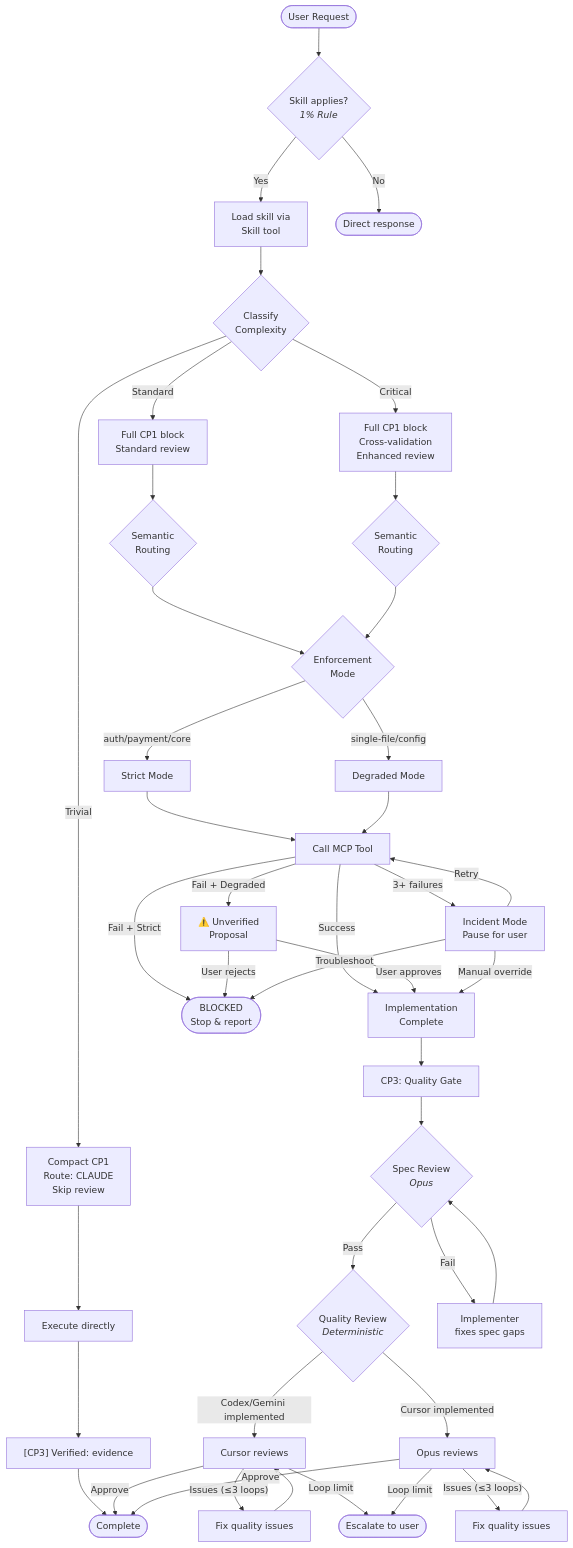
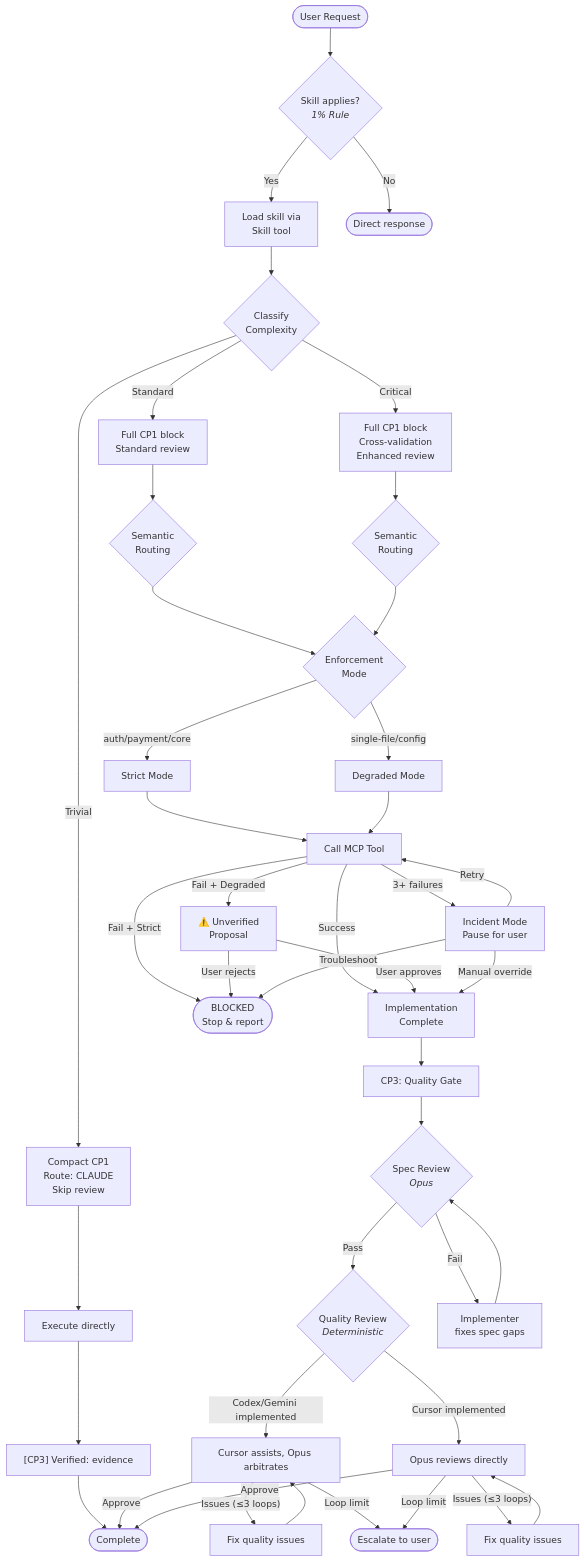
The second of 6 diagrams in plugin/docs/diagrams/cccg-workflow-architecture.md (sitien173/refract), drawn with Mermaid before and after one commit. The commit also changed other lines of this file and 14 other files, not shown here.

Commit message:
docs: make Opus final arbiter for review flow

````diff
--- a/plugin/docs/diagrams/cccg-workflow-architecture.md
+++ b/plugin/docs/diagrams/cccg-workflow-architecture.md
@@ -71,59 +71,59 @@
 ```mermaid
 flowchart TD
     START([User Request]) --> SKILL_CHECK{Skill applies?<br><i>1% Rule</i>}
     SKILL_CHECK -->|Yes| LOAD_SKILL[Load skill via<br>Skill tool]
     SKILL_CHECK -->|No| RESPOND([Direct response])
 
     LOAD_SKILL --> CLASSIFY{Classify<br>Complexity}
     CLASSIFY -->|Trivial| TRIVIAL[Compact CP1<br>Route: CLAUDE<br>Skip review]
     CLASSIFY -->|Standard| STANDARD[Full CP1 block<br>Standard review]
     CLASSIFY -->|Critical| CRITICAL[Full CP1 block<br>Cross-validation<br>Enhanced review]
 
     TRIVIAL --> IMPLEMENT_T[Execute directly]
     IMPLEMENT_T --> COMPACT_CP3["[CP3] Verified: evidence"]
     COMPACT_CP3 --> DONE([Complete])
 
     STANDARD --> ROUTE_S{Semantic<br>Routing}
     CRITICAL --> ROUTE_C{Semantic<br>Routing}
 
     ROUTE_S --> ENFORCE{Enforcement<br>Mode}
     ROUTE_C --> ENFORCE
 
     ENFORCE -->|"auth/payment/core"| STRICT_M[Strict Mode]
     ENFORCE -->|"single-file/config"| DEGRADED_M[Degraded Mode]
 
     STRICT_M --> MCP_CALL[Call MCP Tool]
     DEGRADED_M --> MCP_CALL
 
     MCP_CALL -->|Success| IMPL_DONE[Implementation<br>Complete]
     MCP_CALL -->|Fail + Strict| BLOCKED([BLOCKED<br>Stop & report])
     MCP_CALL -->|"Fail + Degraded"| UNVERIFIED["⚠️ Unverified<br>Proposal"]
     UNVERIFIED -->|User approves| IMPL_DONE
     UNVERIFIED -->|User rejects| BLOCKED
 
     MCP_CALL -->|"3+ failures"| INCIDENT_M[Incident Mode<br>Pause for user]
     INCIDENT_M -->|Retry| MCP_CALL
     INCIDENT_M -->|Manual override| IMPL_DONE
     INCIDENT_M -->|Troubleshoot| BLOCKED
 
     IMPL_DONE --> CP3_FULL[CP3: Quality Gate]
 
     CP3_FULL --> SPEC_REV{Spec Review<br><i>Opus</i>}
     SPEC_REV -->|Pass| QUAL_REV{Quality Review<br><i>Deterministic</i>}
     SPEC_REV -->|Fail| FIX_SPEC[Implementer<br>fixes spec gaps]
     FIX_SPEC --> SPEC_REV
 
-    QUAL_REV -->|"Codex/Gemini implemented"| CURSOR_REVIEWS[Cursor reviews]
-    QUAL_REV -->|"Cursor implemented"| OPUS_REVIEWS[Opus reviews]
+    QUAL_REV -->|"Codex/Gemini implemented"| CURSOR_REVIEWS[Cursor assists, Opus arbitrates]
+    QUAL_REV -->|"Cursor implemented"| OPUS_REVIEWS[Opus reviews directly]
 
     CURSOR_REVIEWS -->|Approve| DONE
     CURSOR_REVIEWS -->|"Issues (≤3 loops)"| FIX_Q[Fix quality issues]
     FIX_Q --> CURSOR_REVIEWS
 
     OPUS_REVIEWS -->|Approve| DONE
     OPUS_REVIEWS -->|"Issues (≤3 loops)"| FIX_Q2[Fix quality issues]
     FIX_Q2 --> OPUS_REVIEWS
 
     CURSOR_REVIEWS -->|"Loop limit"| ESCALATE([Escalate to user])
     OPUS_REVIEWS -->|"Loop limit"| ESCALATE
 ```
````
